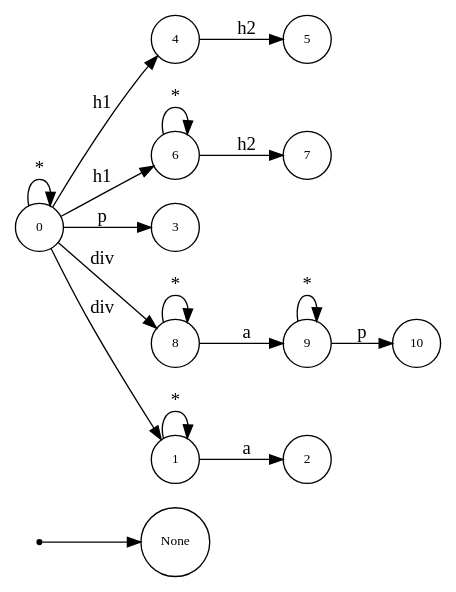
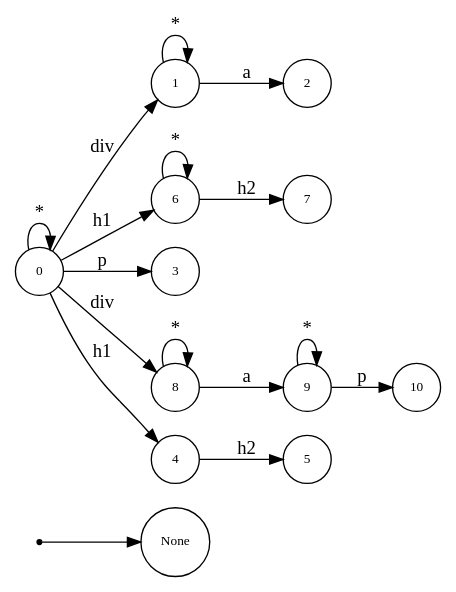
The diagram in dot.dot (asukaminato0721/css-bitvector-compiler), drawn with Graphviz before and after one commit. The commit also changed other lines of this file and 74 other files, not shown here.

```diff
--- a/dot.dot
+++ b/dot.dot
@@ -1,33 +1,33 @@
 digraph NFA {
   rankdir=LR;
   node [shape=circle, fontsize=10];
   __start [shape=point, label=""];
   __start -> None;
-  4 [label="4"];
+  1 [label="1"];
+  10 [label="10"];
+  7 [label="7"];
+  5 [label="5"];
+  2 [label="2"];
+  6 [label="6"];
   0 [label="0"];
-  6 [label="6"];
-  5 [label="5"];
   3 [label="3"];
-  7 [label="7"];
   8 [label="8"];
   9 [label="9"];
-  2 [label="2"];
-  10 [label="10"];
-  1 [label="1"];
+  4 [label="4"];
   { node [shape=doublecircle]; 2 3 5 7 10 }
   0 -> 0 [label="*"];
   0 -> 1 [label="div"];
   1 -> 1 [label="*"];
   1 -> 2 [label="a"];
   0 -> 3 [label="p"];
   0 -> 4 [label="h1"];
   4 -> 5 [label="h2"];
   0 -> 6 [label="h1"];
   6 -> 6 [label="*"];
   6 -> 7 [label="h2"];
   0 -> 8 [label="div"];
   8 -> 8 [label="*"];
   8 -> 9 [label="a"];
   9 -> 9 [label="*"];
   9 -> 10 [label="p"];
 }
```
